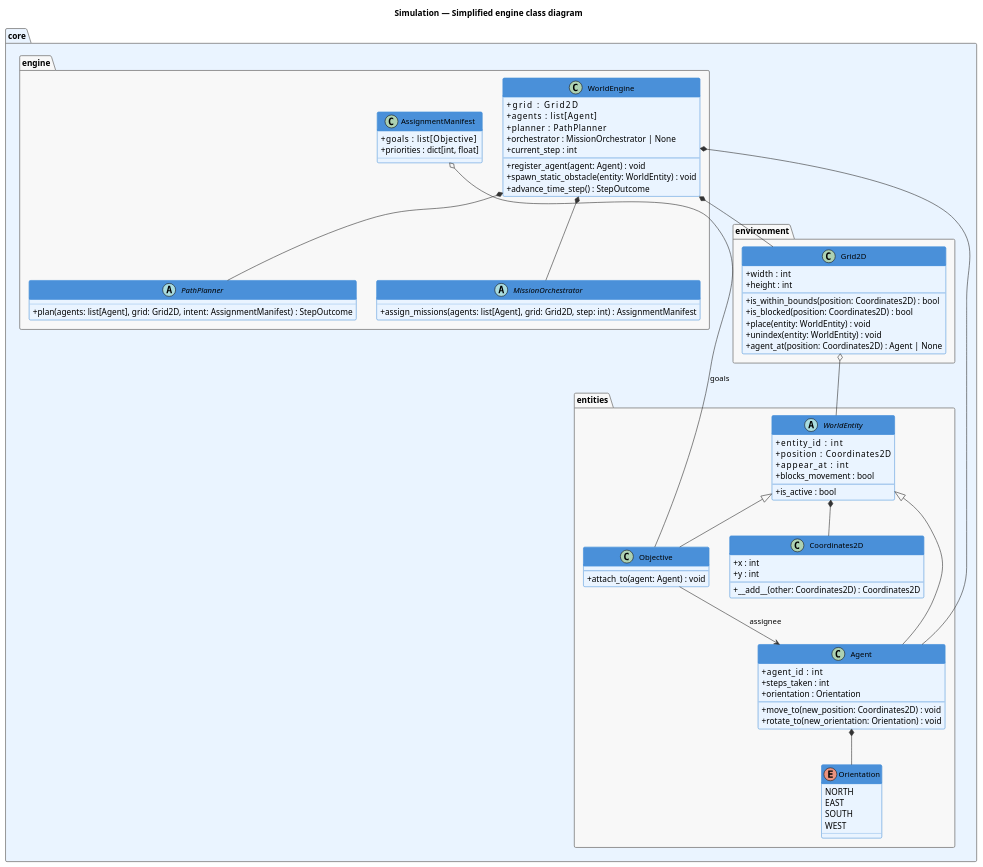
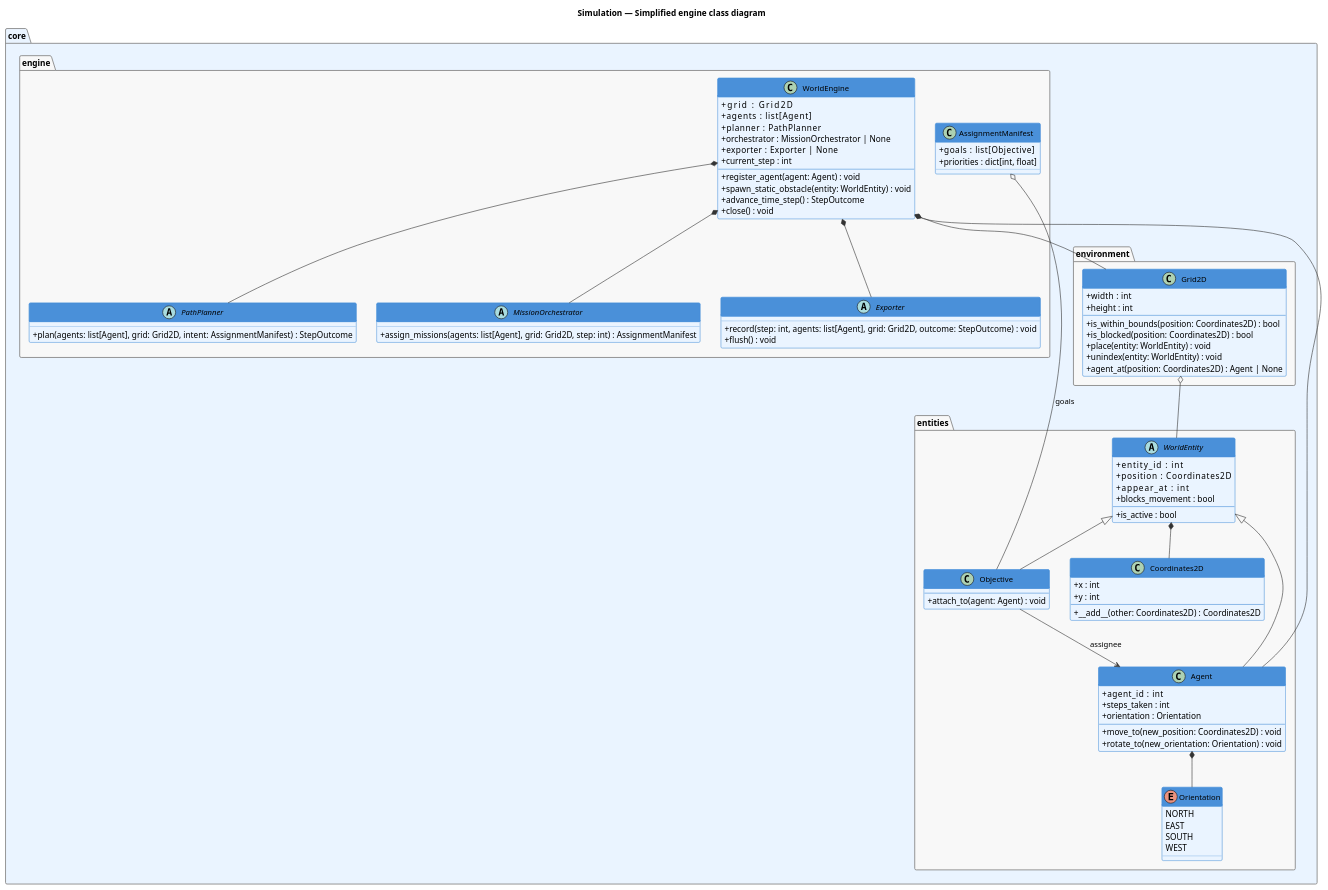
One commit to RasdaCorentin/MAPF_Simulation changed the diagram in diagrammes/Class_Diagram/class_diag_simplified.puml. Above: the diagram before and after it, drawn with PlantUML. The commit also changed 8 other files, not shown here.

```diff
--- a/diagrammes/Class_Diagram/class_diag_simplified.puml
+++ b/diagrammes/Class_Diagram/class_diag_simplified.puml
@@ -1,112 +1,120 @@
 @startuml class_diag_simplified
 
 title Simulation — Simplified engine class diagram
 
 skinparam classAttributeIconSize 0
 skinparam classFontSize 13
 skinparam ArrowColor #333333
 skinparam ClassBorderColor #4A90D9
 skinparam ClassBackgroundColor #EAF4FF
 skinparam ClassHeaderBackgroundColor #4A90D9
 skinparam ClassHeaderFontColor #FFFFFF
 skinparam PackageBorderColor #888888
 skinparam PackageBackgroundColor #F8F8F8
 
 package "core" #EAF4FF {
 
     package "entities" {
         class Coordinates2D {
             + x : int
             + y : int
             --
             + __add__(other: Coordinates2D) : Coordinates2D
         }
 
         enum Orientation {
             NORTH
             EAST
             SOUTH
             WEST
         }
 
         abstract class WorldEntity {
             + entity_id       : int
             + position        : Coordinates2D
             + appear_at       : int
             + blocks_movement : bool
             --
             + is_active : bool
         }
 
         class Agent {
             + agent_id    : int
             + steps_taken : int
             + orientation : Orientation
             --
             + move_to(new_position: Coordinates2D) : void
             + rotate_to(new_orientation: Orientation) : void
         }
 
         class Objective {
             --
             + attach_to(agent: Agent) : void
         }
 
     }
 
     package "environment" {
         class Grid2D {
             + width  : int
             + height : int
             --
             + is_within_bounds(position: Coordinates2D) : bool
             + is_blocked(position: Coordinates2D) : bool
             + place(entity: WorldEntity) : void
             + unindex(entity: WorldEntity) : void
             + agent_at(position: Coordinates2D) : Agent | None
         }
     }
 
     package "engine" {
         class AssignmentManifest {
             + goals      : list[Objective]
             + priorities : dict[int, float]
         }
 
         class WorldEngine {
             + grid         : Grid2D
             + agents       : list[Agent]
             + planner      : PathPlanner
             + orchestrator : MissionOrchestrator | None
+            + exporter     : Exporter | None
             + current_step : int
             --
             + register_agent(agent: Agent) : void
             + spawn_static_obstacle(entity: WorldEntity) : void
             + advance_time_step() : StepOutcome
+            + close() : void
         }
 
         abstract class PathPlanner {
             + plan(agents: list[Agent], grid: Grid2D, intent: AssignmentManifest) : StepOutcome
         }
 
         abstract class MissionOrchestrator {
             + assign_missions(agents: list[Agent], grid: Grid2D, step: int) : AssignmentManifest
+        }
+
+        abstract class Exporter {
+            + record(step: int, agents: list[Agent], grid: Grid2D, outcome: StepOutcome) : void
+            + flush() : void
         }
     }
 }
 
 ' ── Simplified High-Level Relations ─────────────────────────────
 
 WorldEntity <|-- Agent
 WorldEntity <|-- Objective
 WorldEntity *-- Coordinates2D
 Agent *-- Orientation
 Objective --> Agent : assignee
 AssignmentManifest o-- Objective : goals
 Grid2D o-- WorldEntity
 WorldEngine *-- Grid2D
 WorldEngine *-- Agent
 WorldEngine *-- PathPlanner
 WorldEngine *-- MissionOrchestrator
+WorldEngine *-- Exporter
 
 @enduml
```
